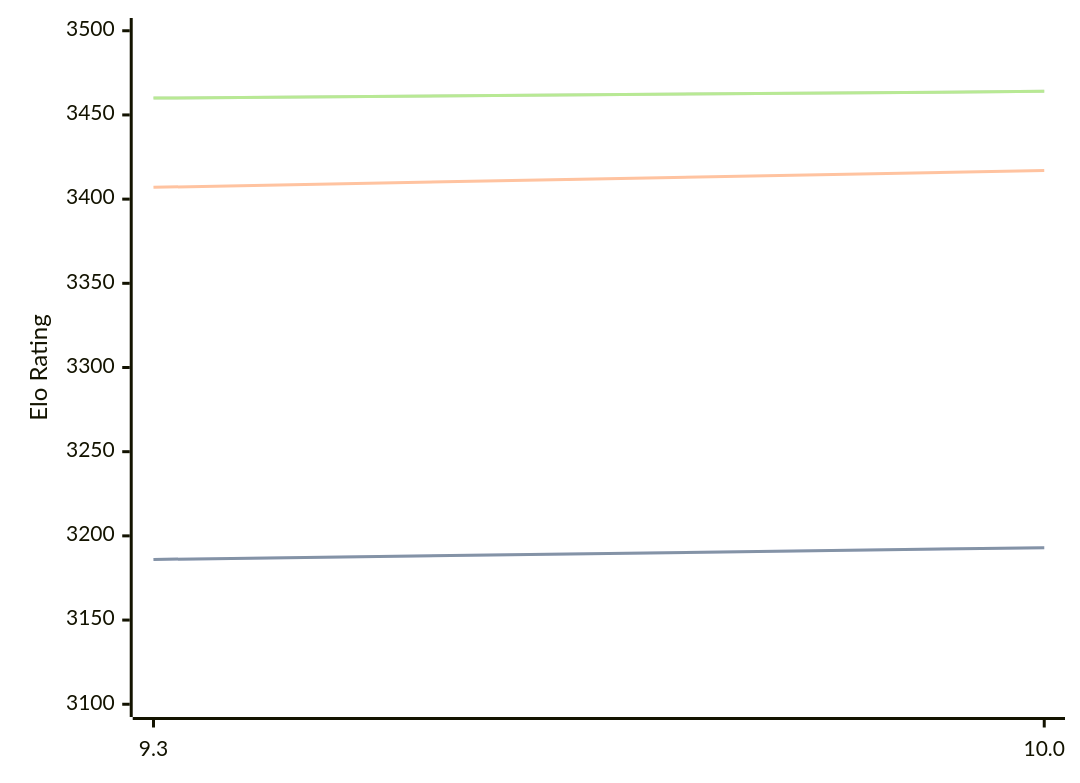
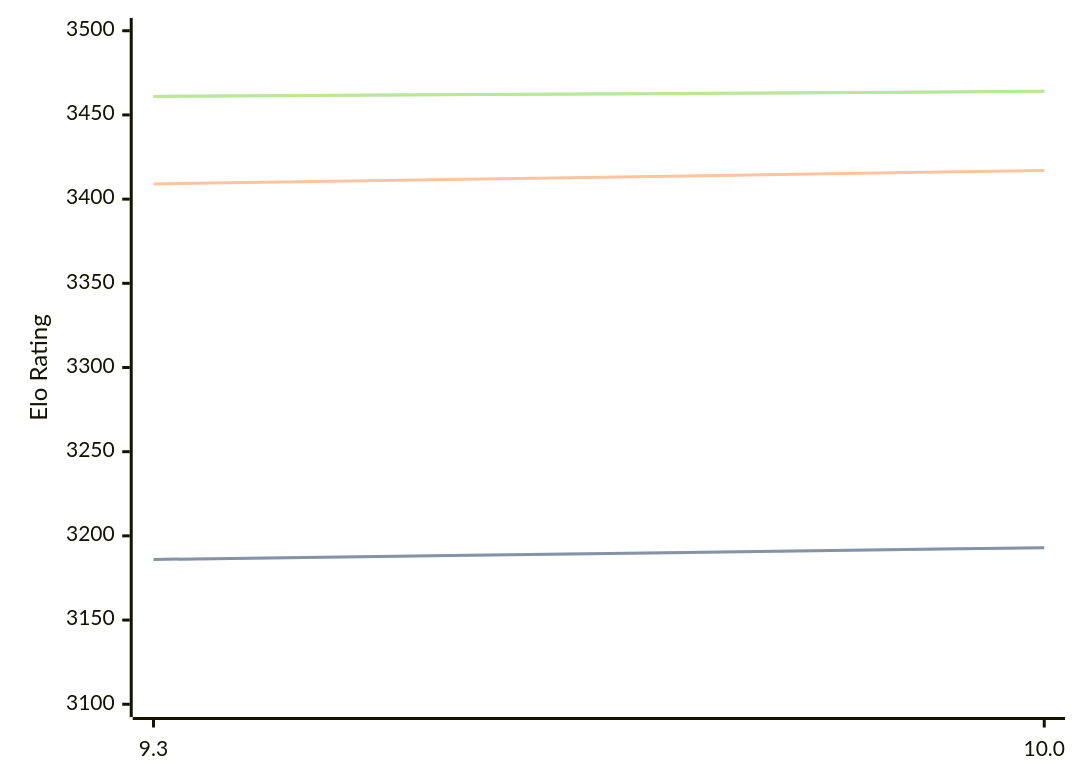
The diagram in engines/Fire.md (computer-chess-index/cci), drawn with Mermaid before and after one commit. The commit also changed other lines of this file, not shown here.

Commit message:
Update CCI Ratings (ELO VLTC) - 2026-02-19

````diff
--- a/engines/Fire.md
+++ b/engines/Fire.md
@@ -44,11 +44,11 @@
 ```mermaid
 %%{init: {"theme":"base","themeVariables":{"seriesColors:['#a3a3a3','#222221','#faa371']}}}%%
 xychart-beta
   x-axis ["9.3", "10.0"]
   y-axis "Elo Rating" 3100 --> 3500
   line "STC (8.0+0.08s)" [3186, 3193]
   line "STC (8.0+0.08s)" [3186, 3193]
-  line "LTC (60.0+0.60s)" [3407, 3417]
-  line "VLTC (2m24s+1.12s)" [3460, 3464]
-  line "VLTC (2m24s+1.12s)" [3460, 3464]
+  line "LTC (60.0+0.60s)" [3409, 3417]
+  line "VLTC (2m24s+1.12s)" [3461, 3464]
+  line "VLTC (2m24s+1.12s)" [3461, 3464]
 ```
````
